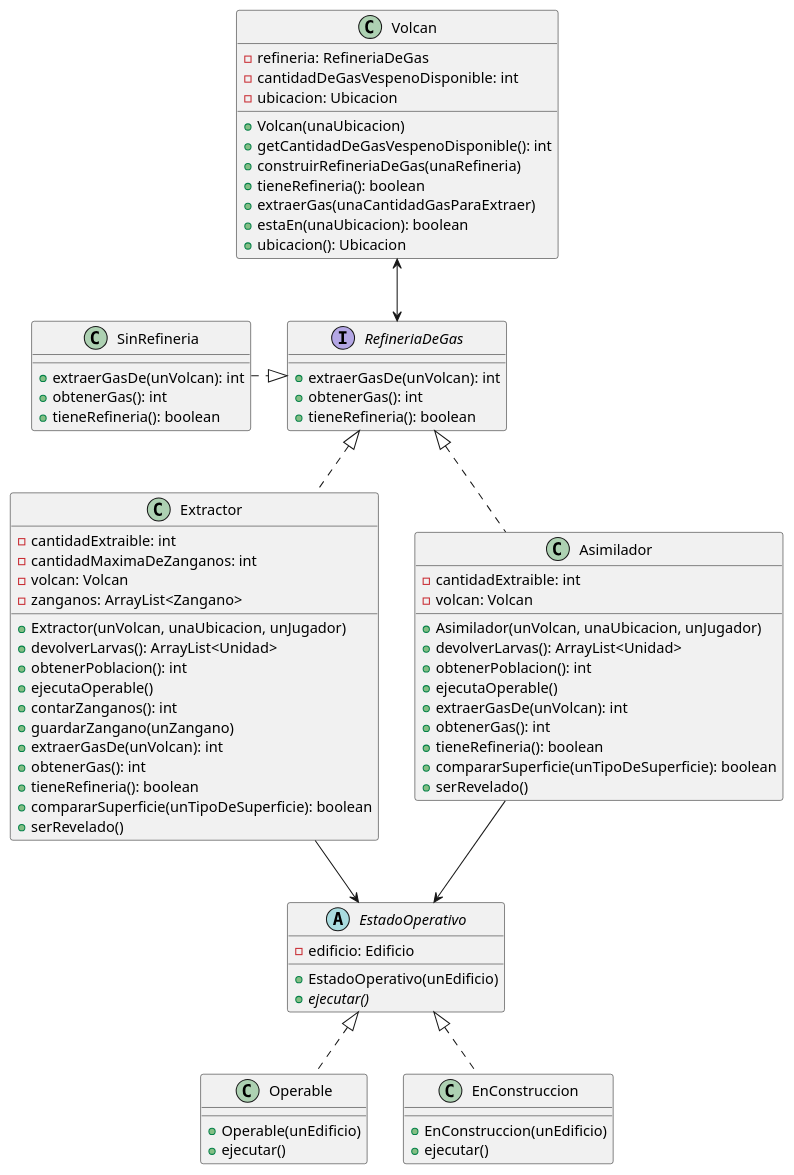
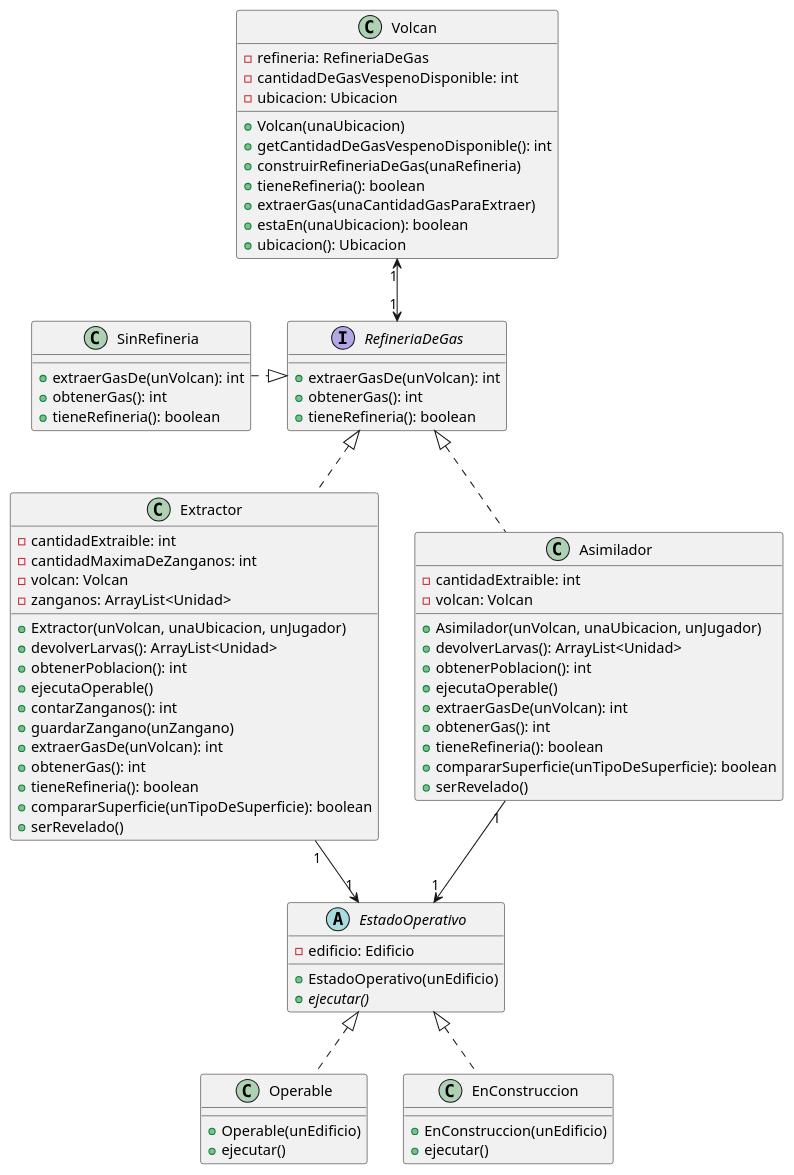
The diagram in diagrams/classes/Diagramas definitivos/Volcan.puml (joeldevel/algo3_tp_2), drawn with PlantUML before and after one commit. The commit also changed 6 other files, not shown here.

Commit message:
Diagramas

```diff
--- a/diagrams/classes/Diagramas definitivos/Volcan.puml
+++ b/diagrams/classes/Diagramas definitivos/Volcan.puml
@@ -1,88 +1,88 @@
 @startuml
 
 class Volcan{
 	-refineria: RefineriaDeGas
 	-cantidadDeGasVespenoDisponible: int
 	-ubicacion: Ubicacion
 	+Volcan(unaUbicacion)
 	+getCantidadDeGasVespenoDisponible(): int
 	+construirRefineriaDeGas(unaRefineria)
 	+tieneRefineria(): boolean
 	+extraerGas(unaCantidadGasParaExtraer)
 	+estaEn(unaUbicacion): boolean
 	+ubicacion(): Ubicacion
 }
 
 interface RefineriaDeGas{
 	+extraerGasDe(unVolcan): int
 	+obtenerGas(): int
 	+tieneRefineria(): boolean
 }
 
 class SinRefineria {
     +extraerGasDe(unVolcan): int
 	+obtenerGas(): int
 	+tieneRefineria(): boolean
 }
 
 class Extractor{
 	-cantidadExtraible: int
 	-cantidadMaximaDeZanganos: int
 	-volcan: Volcan
-	-zanganos: ArrayList<Zangano>
+	-zanganos: ArrayList<Unidad>
 	+Extractor(unVolcan, unaUbicacion, unJugador)
 	+devolverLarvas(): ArrayList<Unidad>
 	+obtenerPoblacion(): int
 	+ejecutaOperable()
 	+contarZanganos(): int
 	+guardarZangano(unZangano)
 	+extraerGasDe(unVolcan): int
 	+obtenerGas(): int
 	+tieneRefineria(): boolean
 	+compararSuperficie(unTipoDeSuperficie): boolean
 	+serRevelado()
 }
 
 class Asimilador {
     -cantidadExtraible: int
     -volcan: Volcan
     +Asimilador(unVolcan, unaUbicacion, unJugador)
     +devolverLarvas(): ArrayList<Unidad>
 	+obtenerPoblacion(): int
 	+ejecutaOperable()
 	+extraerGasDe(unVolcan): int
 	+obtenerGas(): int
 	+tieneRefineria(): boolean
 	+compararSuperficie(unTipoDeSuperficie): boolean
 	+serRevelado()
 }
 
 abstract class EstadoOperativo {
     -edificio: Edificio
     +EstadoOperativo(unEdificio)
     +{abstract} ejecutar()
 }
 
 class Operable{
     +Operable(unEdificio)
     +ejecutar()
 }
 
 class EnConstruccion{
     +EnConstruccion(unEdificio)
     +ejecutar()
 }
 
 Operable ..up|> EstadoOperativo
 EnConstruccion ..up|> EstadoOperativo
 
-Extractor --> EstadoOperativo
-Asimilador --> EstadoOperativo
+Extractor "1" --> "1" EstadoOperativo
+Asimilador "1" --> "1" EstadoOperativo
 
 RefineriaDeGas <|.left. SinRefineria
 RefineriaDeGas <|.. Extractor
 RefineriaDeGas <|.. Asimilador
 
-Volcan <--> RefineriaDeGas
+Volcan "1" <--> "1" RefineriaDeGas
 
 @enduml
```
